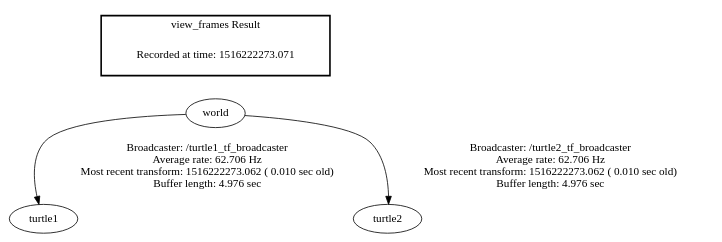
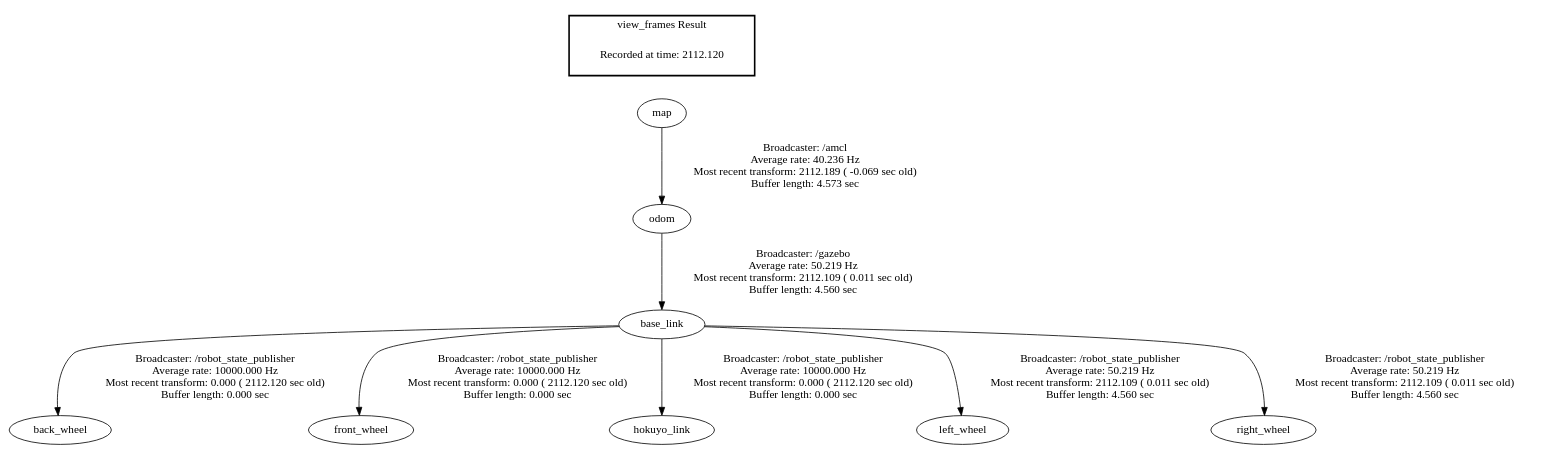
The diagram in frames.gv (cfuhrman-utcr2018/utcr2018-ROS_SRC), drawn with Graphviz before and after one commit. The commit also changed 8 other files, not shown here.

```diff
--- a/frames.gv
+++ b/frames.gv
@@ -1,8 +1,13 @@
 digraph G {
-"world" -> "turtle1"[label="Broadcaster: /turtle1_tf_broadcaster\nAverage rate: 62.706 Hz\nMost recent transform: 1516222273.062 ( 0.010 sec old)\nBuffer length: 4.976 sec\n"];
-"world" -> "turtle2"[label="Broadcaster: /turtle2_tf_broadcaster\nAverage rate: 62.706 Hz\nMost recent transform: 1516222273.062 ( 0.010 sec old)\nBuffer length: 4.976 sec\n"];
+"base_link" -> "back_wheel"[label="Broadcaster: /robot_state_publisher\nAverage rate: 10000.000 Hz\nMost recent transform: 0.000 ( 2112.120 sec old)\nBuffer length: 0.000 sec\n"];
+"odom" -> "base_link"[label="Broadcaster: /gazebo\nAverage rate: 50.219 Hz\nMost recent transform: 2112.109 ( 0.011 sec old)\nBuffer length: 4.560 sec\n"];
+"base_link" -> "front_wheel"[label="Broadcaster: /robot_state_publisher\nAverage rate: 10000.000 Hz\nMost recent transform: 0.000 ( 2112.120 sec old)\nBuffer length: 0.000 sec\n"];
+"base_link" -> "hokuyo_link"[label="Broadcaster: /robot_state_publisher\nAverage rate: 10000.000 Hz\nMost recent transform: 0.000 ( 2112.120 sec old)\nBuffer length: 0.000 sec\n"];
+"map" -> "odom"[label="Broadcaster: /amcl\nAverage rate: 40.236 Hz\nMost recent transform: 2112.189 ( -0.069 sec old)\nBuffer length: 4.573 sec\n"];
+"base_link" -> "left_wheel"[label="Broadcaster: /robot_state_publisher\nAverage rate: 50.219 Hz\nMost recent transform: 2112.109 ( 0.011 sec old)\nBuffer length: 4.560 sec\n"];
+"base_link" -> "right_wheel"[label="Broadcaster: /robot_state_publisher\nAverage rate: 50.219 Hz\nMost recent transform: 2112.109 ( 0.011 sec old)\nBuffer length: 4.560 sec\n"];
 edge [style=invis];
  subgraph cluster_legend { style=bold; color=black; label ="view_frames Result";
-"Recorded at time: 1516222273.071"[ shape=plaintext ] ;
- }->"world";
+"Recorded at time: 2112.120"[ shape=plaintext ] ;
+ }->"map";
 }
```
